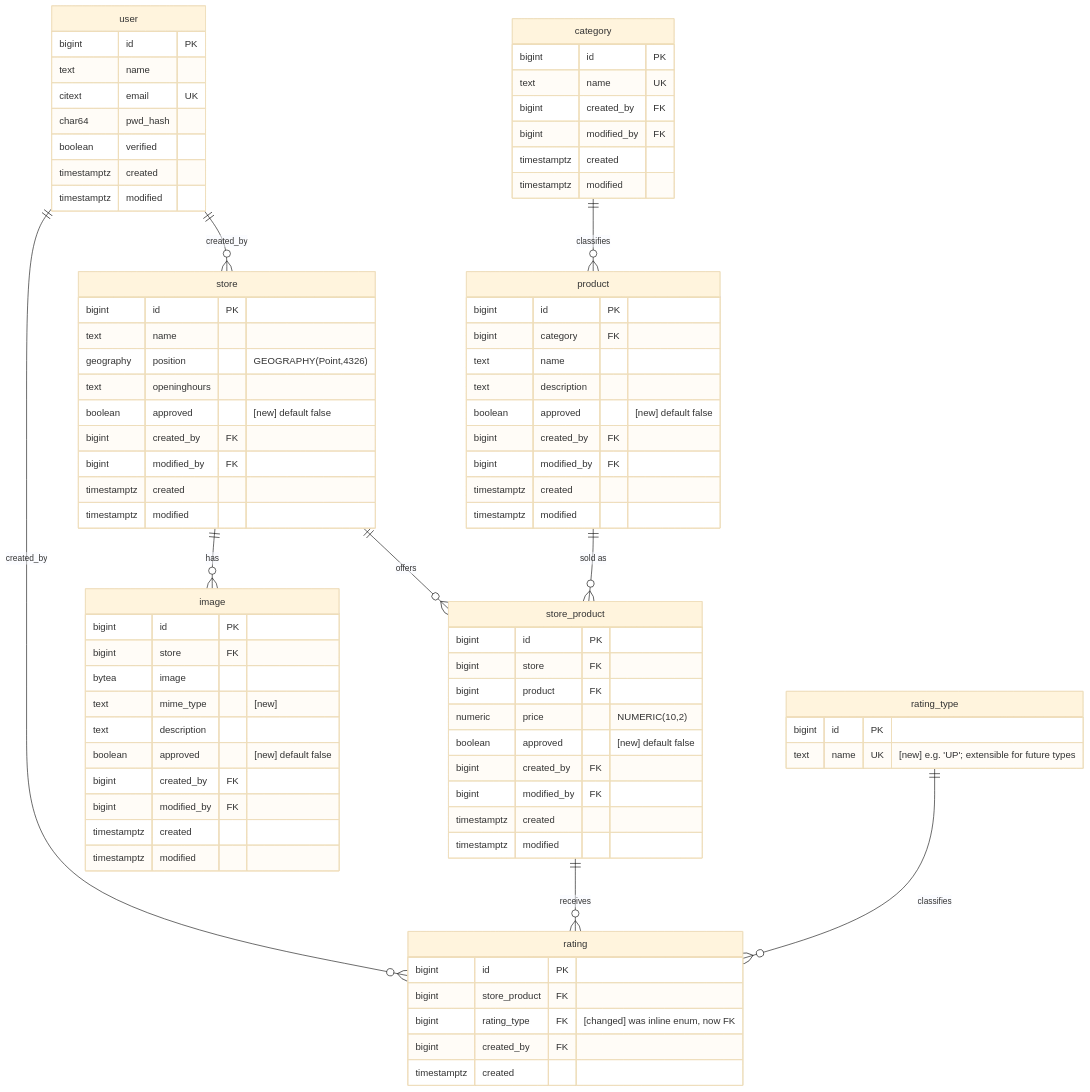
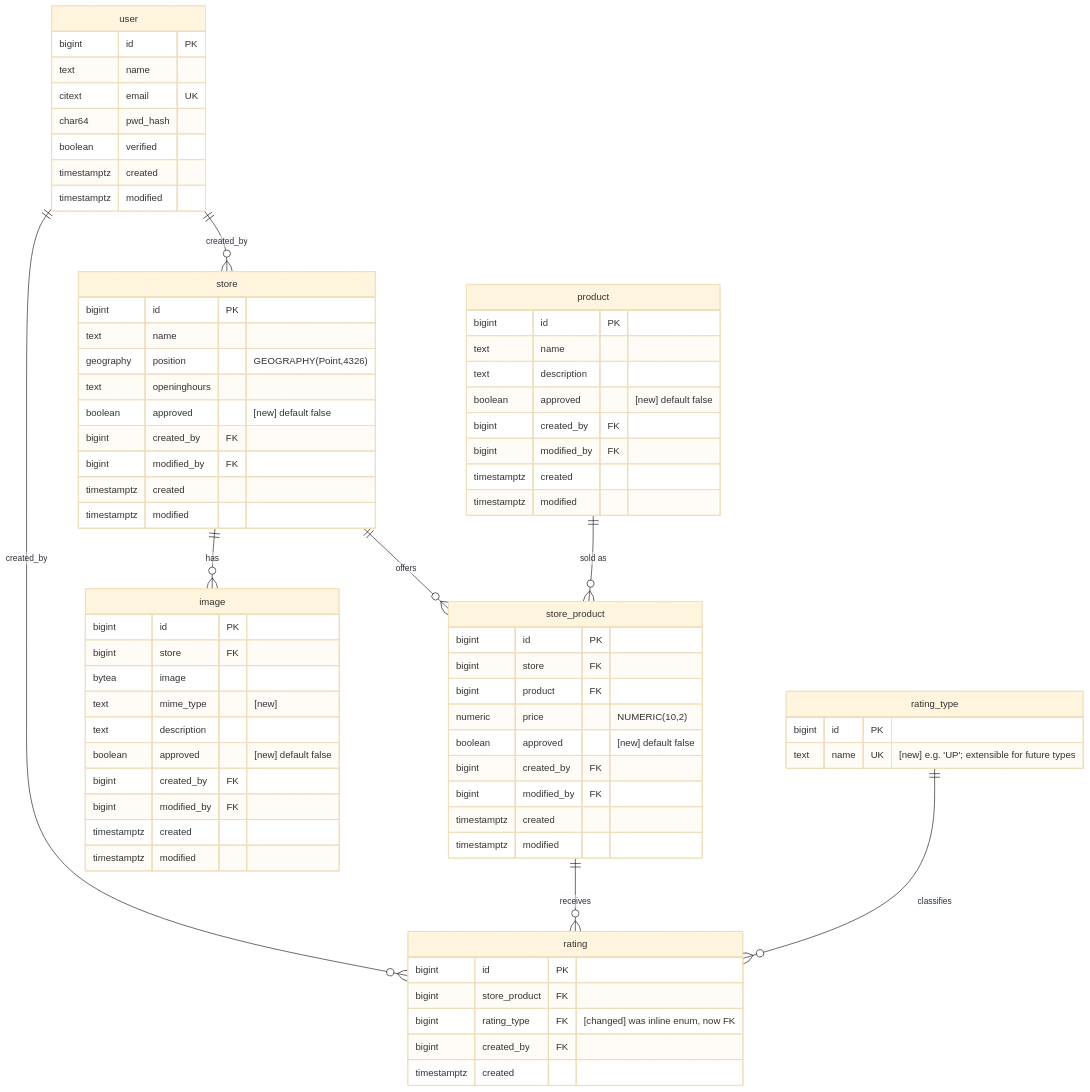
The second of 3 diagrams in design.md (whati001/bauernkarte), drawn with Mermaid (base theme) before and after one commit. The commit also changed other lines of this file and 52 other files, not shown here.

```diff
--- a/design.md
+++ b/design.md
@@ -101,7 +101,6 @@
     "user" ||--o{ rating : created_by
     store ||--o{ store_product : offers
     product ||--o{ store_product : "sold as"
-    category ||--o{ product : classifies
     store_product ||--o{ rating : receives
     store ||--o{ image : has
     rating_type ||--o{ rating : classifies
@@ -126,17 +125,8 @@
         timestamptz created
         timestamptz modified
     }
-    category {
-        bigint id PK
-        text name UK
-        bigint created_by FK
-        bigint modified_by FK
-        timestamptz created
-        timestamptz modified
-    }
     product {
         bigint id PK
-        bigint category FK
         text name
         text description
         boolean approved "[new] default false"
```
